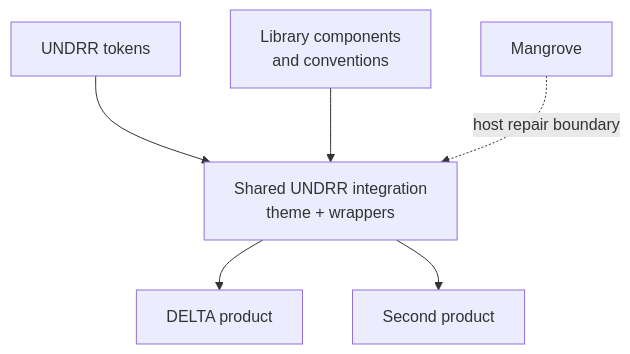
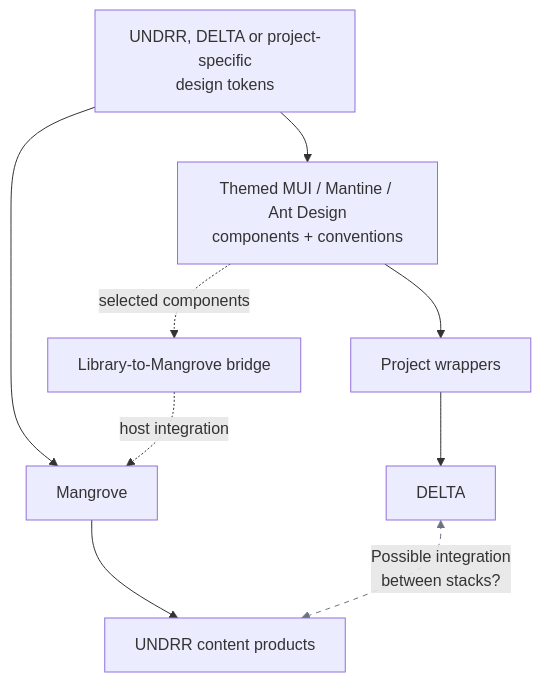
One commit to khawkins98/data-design-demo changed the first of 3 diagrams in docs/architecture-options.md. Above: the diagram before and after it, drawn with Mermaid. The commit also changed other lines of this file and 3 other files, not shown here.

Commit message:
docs: separate capability fit from estate architecture

````diff
--- a/docs/architecture-options.md
+++ b/docs/architecture-options.md
@@ -68,8 +71,21 @@
 ```mermaid
 flowchart TB
-  T["UNDRR tokens"] --> SI["Shared UNDRR integration<br/>theme + wrappers"]
-  L["Library components<br/>and conventions"] --> SI
-  SI --> D["DELTA product"]
-  SI --> P["Second product"]
-  M["Mangrove"] -.->|"host repair boundary"| SI
+  T["UNDRR, DELTA or project-specific<br/>design tokens"]
+  L["Themed MUI / Mantine / Ant Design<br/>components + conventions"]
+  W["Project wrappers"]
+  D["DELTA"]
+  M["Mangrove"]
+  C["UNDRR content products"]
+  B["Library-to-Mangrove bridge"]
+
+  T --> L
+  L --> W
+  W --> D
+  T --> M
+  M --> C
+  L -.->|"selected components"| B
+  B -.->|"host integration"| M
+  D <-->|"Possible integration<br/>between stacks?"| C
+
+  linkStyle 7 stroke:#6b7280,stroke-dasharray:5 5
 ```
````
